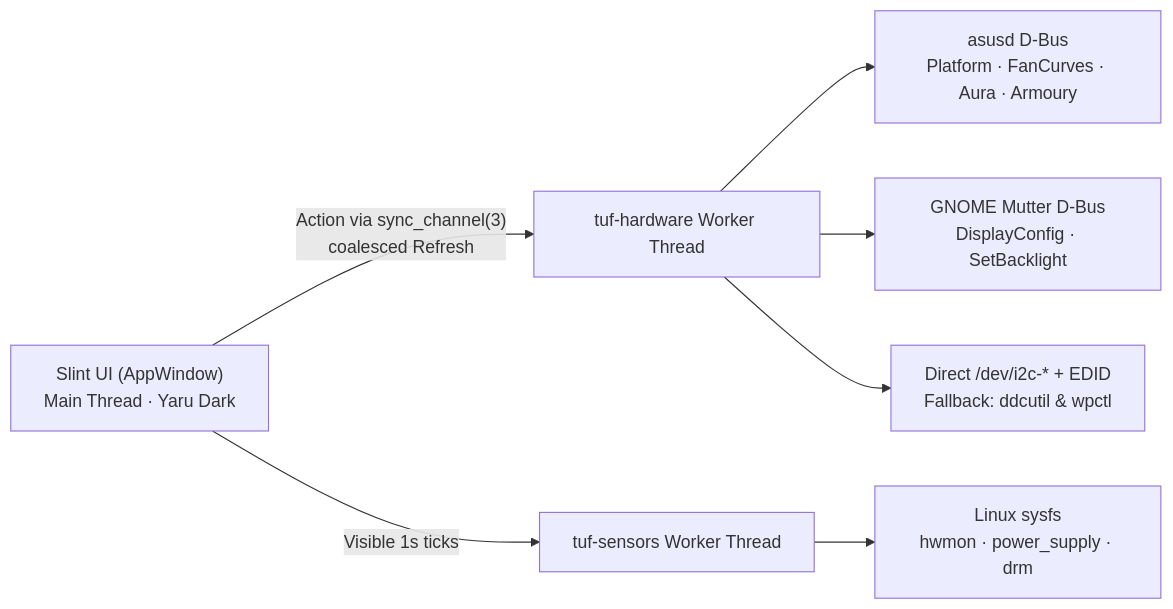
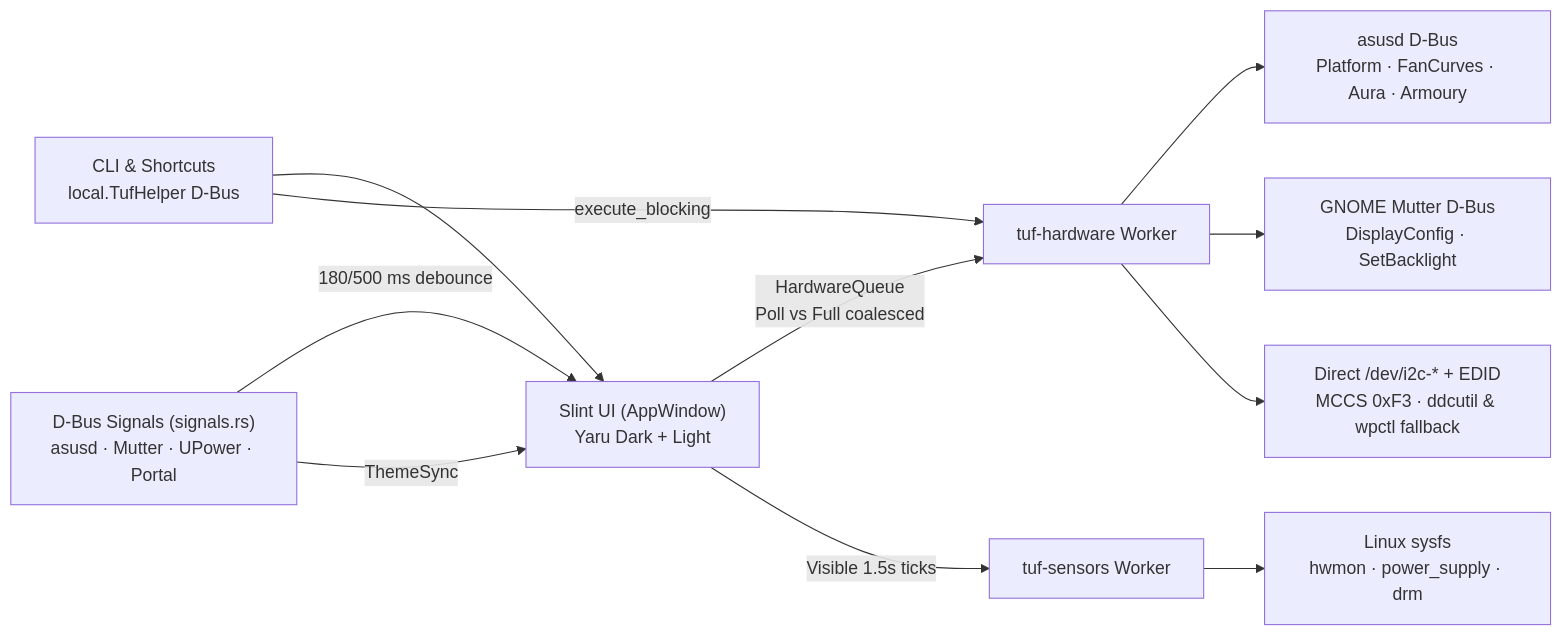
One commit to nishantharkut/tuf-helper changed the diagram in README.md. Above: the diagram before and after it, drawn with Mermaid. The commit also changed other lines of this file and 8 other files, not shown here.

````diff
--- a/README.md
+++ b/README.md
@@ -105,11 +105,15 @@
 ```mermaid
 flowchart LR
-    UI["Slint UI (AppWindow)<br/>Main Thread · Yaru Dark"] -->|"Action via sync_channel(3)<br/>coalesced Refresh"| HW["tuf-hardware Worker Thread"]
-    UI -->|"Visible 1s ticks"| SENS["tuf-sensors Worker Thread"]
+    CLI["CLI & Shortcuts<br/>local.TufHelper D-Bus"] --> UI["Slint UI (AppWindow)<br/>Yaru Dark + Light"]
+    SIG["D-Bus Signals (signals.rs)<br/>asusd · Mutter · UPower · Portal"] -->|"180/500 ms debounce"| UI
+    SIG -->|"ThemeSync"| UI
+    UI -->|"HardwareQueue<br/>Poll vs Full coalesced"| HW["tuf-hardware Worker"]
+    CLI -->|"execute_blocking"| HW
+    UI -->|"Visible 1.5s ticks"| SENS["tuf-sensors Worker"]
 
     HW --> ASUS["asusd D-Bus<br/>Platform · FanCurves · Aura · Armoury"]
     HW --> MUTTER["GNOME Mutter D-Bus<br/>DisplayConfig · SetBacklight"]
-    HW --> I2C["Direct /dev/i2c-* + EDID<br/>Fallback: ddcutil &amp; wpctl"]
+    HW --> I2C["Direct /dev/i2c-* + EDID<br/>MCCS 0xF3 · ddcutil &amp; wpctl fallback"]
 
     SENS --> SYSFS["Linux sysfs<br/>hwmon · power_supply · drm"]
 ```
````
